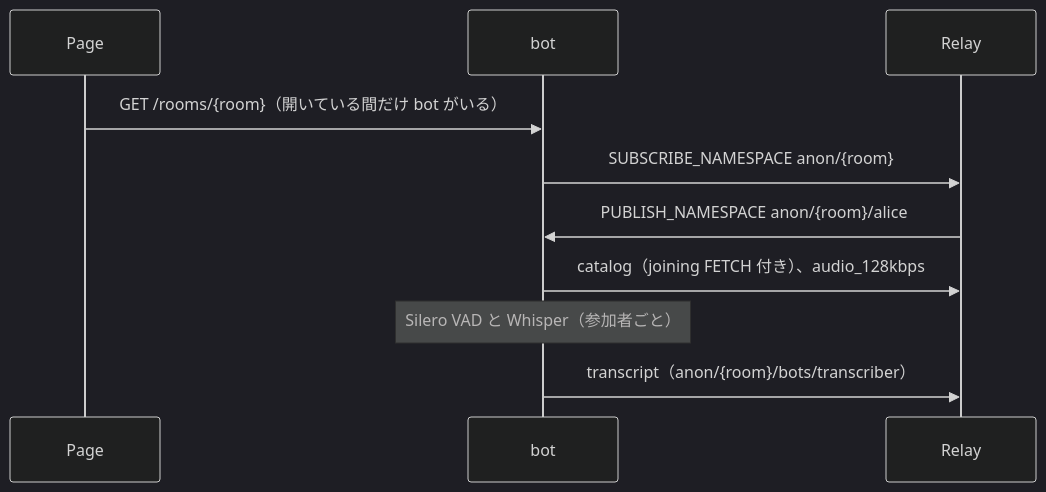
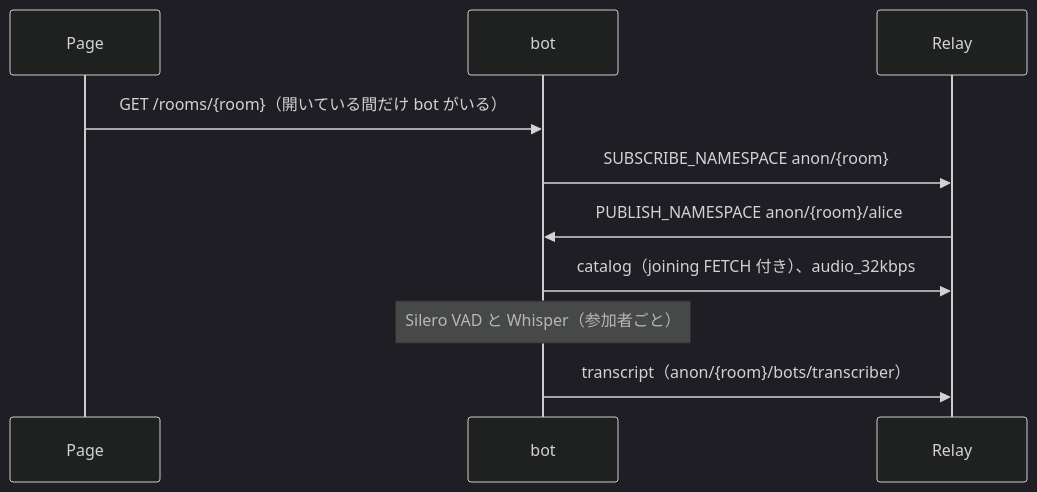
The diagram in examples/python/moq-meeting-transcriber/README.md (nttcom/moq-wasm), drawn with Mermaid (dark theme) before and after one commit. The commit also changed 2 other files, not shown here.

Commit message:
fix(examples): transcribe the meeting audio track the viewers subscribe to
The meeting viewer now subscribes to the lowest bitrate audio track, but
the transcriber still picked the highest one, so the participant's
browser ran a second audio encoder for the bot alone. The transcriber
now picks the lowest bitrate track as well.

````diff
--- a/examples/python/moq-meeting-transcriber/README.md
+++ b/examples/python/moq-meeting-transcriber/README.md
@@ -16,12 +16,12 @@
 ```mermaid
 sequenceDiagram
     participant P as Page
     participant B as bot
     participant R as Relay
     P->>B: GET /rooms/{room}（開いている間だけ bot がいる）
     B->>R: SUBSCRIBE_NAMESPACE anon/{room}
     R->>B: PUBLISH_NAMESPACE anon/{room}/alice
-    B->>R: catalog（joining FETCH 付き）、audio_128kbps
+    B->>R: catalog（joining FETCH 付き）、audio_32kbps
     Note over B: Silero VAD と Whisper（参加者ごと）
     B->>R: transcript（anon/{room}/bots/transcriber）
 ```
````
